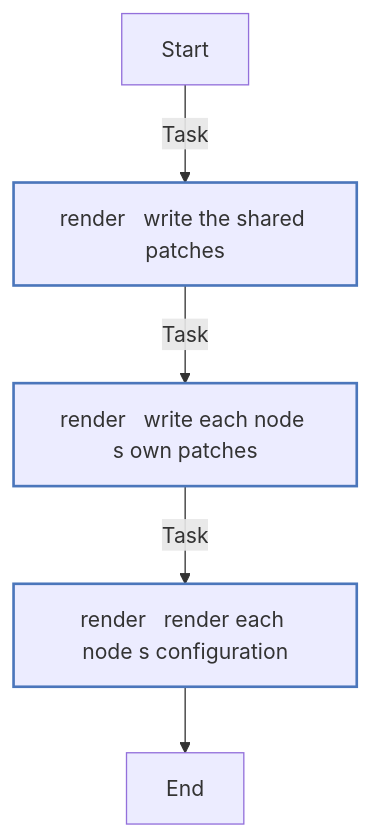
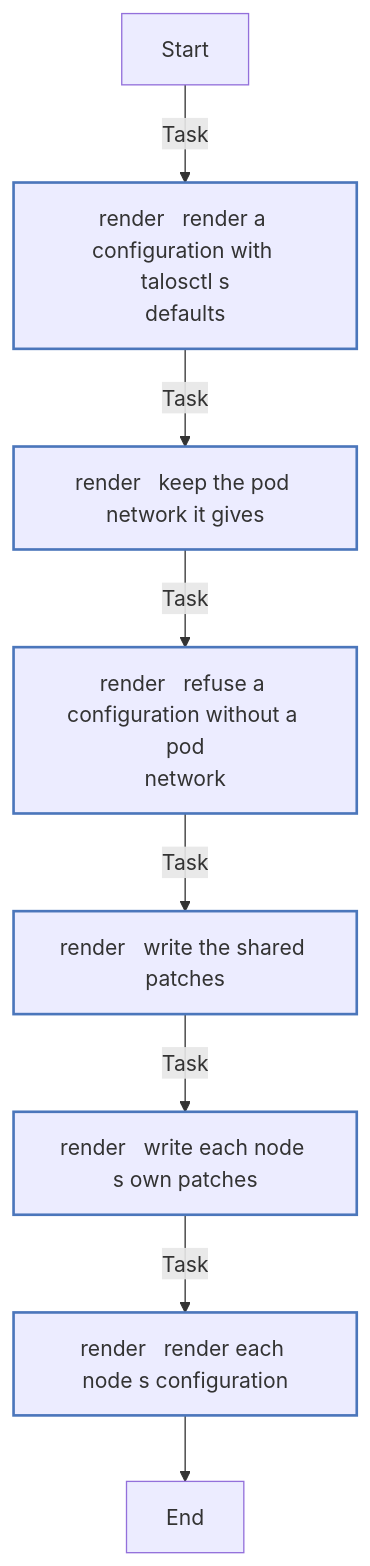
Before and after one commit to kawadeomkar/homeserver: the sixth of 9 diagrams in roles/talos/REFERENCE.md, drawn with Mermaid. The commit also changed other lines of this file and 9 other files, not shown here.

````diff
--- a/roles/talos/REFERENCE.md
+++ b/roles/talos/REFERENCE.md
@@ -1069,17 +1072,20 @@
 ```mermaid
 flowchart TD
 Start
 classDef block stroke:#3498db,stroke-width:2px;
 classDef task stroke:#4b76bb,stroke-width:2px;
 classDef includeTasks stroke:#16a085,stroke-width:2px;
 classDef importTasks stroke:#34495e,stroke-width:2px;
 classDef includeRole stroke:#2980b9,stroke-width:2px;
 classDef importRole stroke:#699ba7,stroke-width:2px;
 classDef includeVars stroke:#8e44ad,stroke-width:2px;
 classDef rescue stroke:#665352,stroke-width:2px;
 
-  Start-->|Task| render___Write_the_shared_patches0[render   write the shared patches]:::task
-  render___Write_the_shared_patches0-->|Task| render___Write_each_node_s_own_patches1[render   write each node s own patches]:::task
-  render___Write_each_node_s_own_patches1-->|Task| render___Render_each_node_s_configuration2[render   render each node s configuration]:::task
-  render___Render_each_node_s_configuration2-->End
+  Start-->|Task| render___Render_a_configuration_with_talosctl_s_defaults0[render   render a configuration with talosctl s<br>defaults]:::task
+  render___Render_a_configuration_with_talosctl_s_defaults0-->|Task| render___Keep_the_pod_network_it_gives1[render   keep the pod network it gives]:::task
+  render___Keep_the_pod_network_it_gives1-->|Task| render___Refuse_a_configuration_without_a_pod_network2[render   refuse a configuration without a pod<br>network]:::task
+  render___Refuse_a_configuration_without_a_pod_network2-->|Task| render___Write_the_shared_patches3[render   write the shared patches]:::task
+  render___Write_the_shared_patches3-->|Task| render___Write_each_node_s_own_patches4[render   write each node s own patches]:::task
+  render___Write_each_node_s_own_patches4-->|Task| render___Render_each_node_s_configuration5[render   render each node s configuration]:::task
+  render___Render_each_node_s_configuration5-->End
 ```
````
